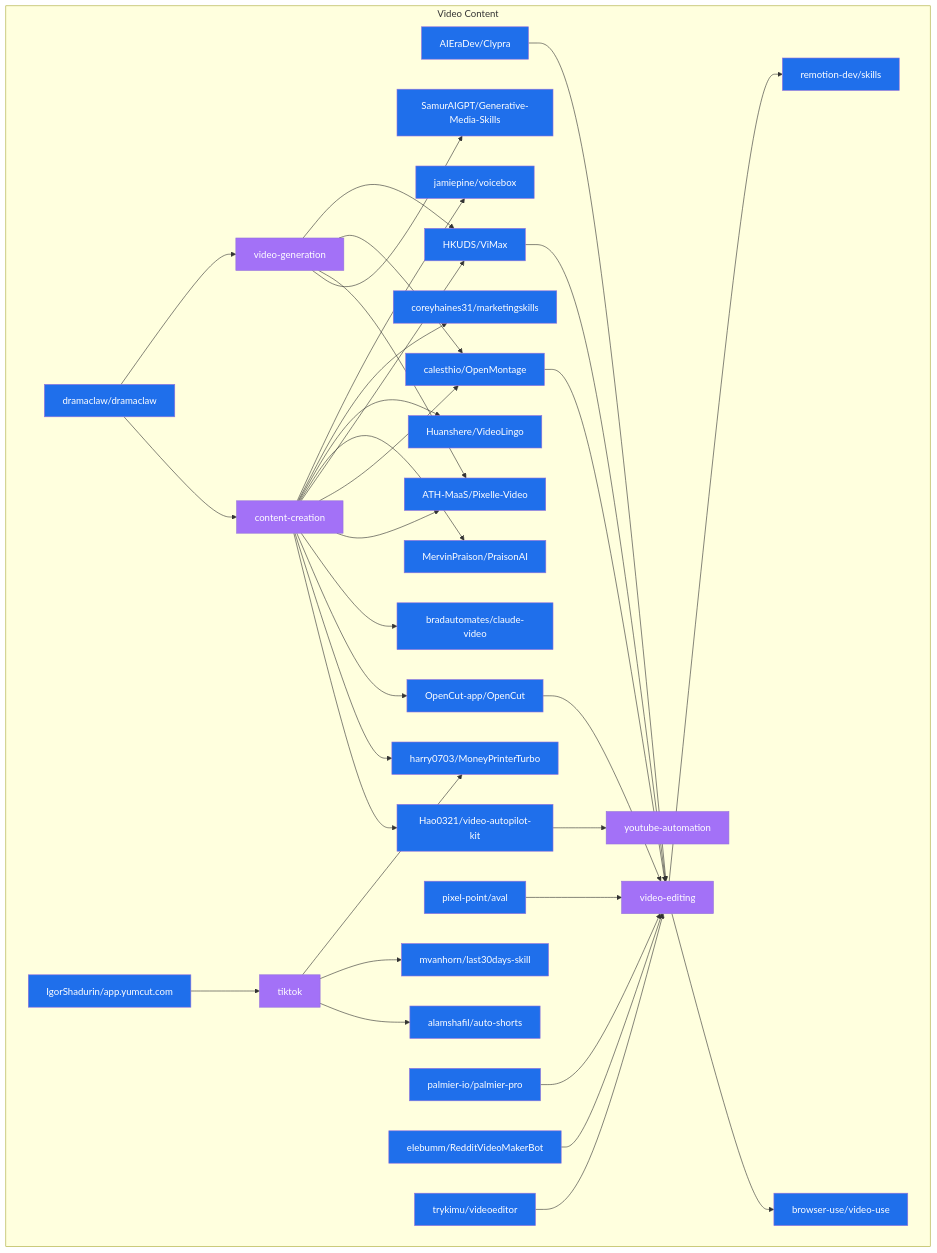
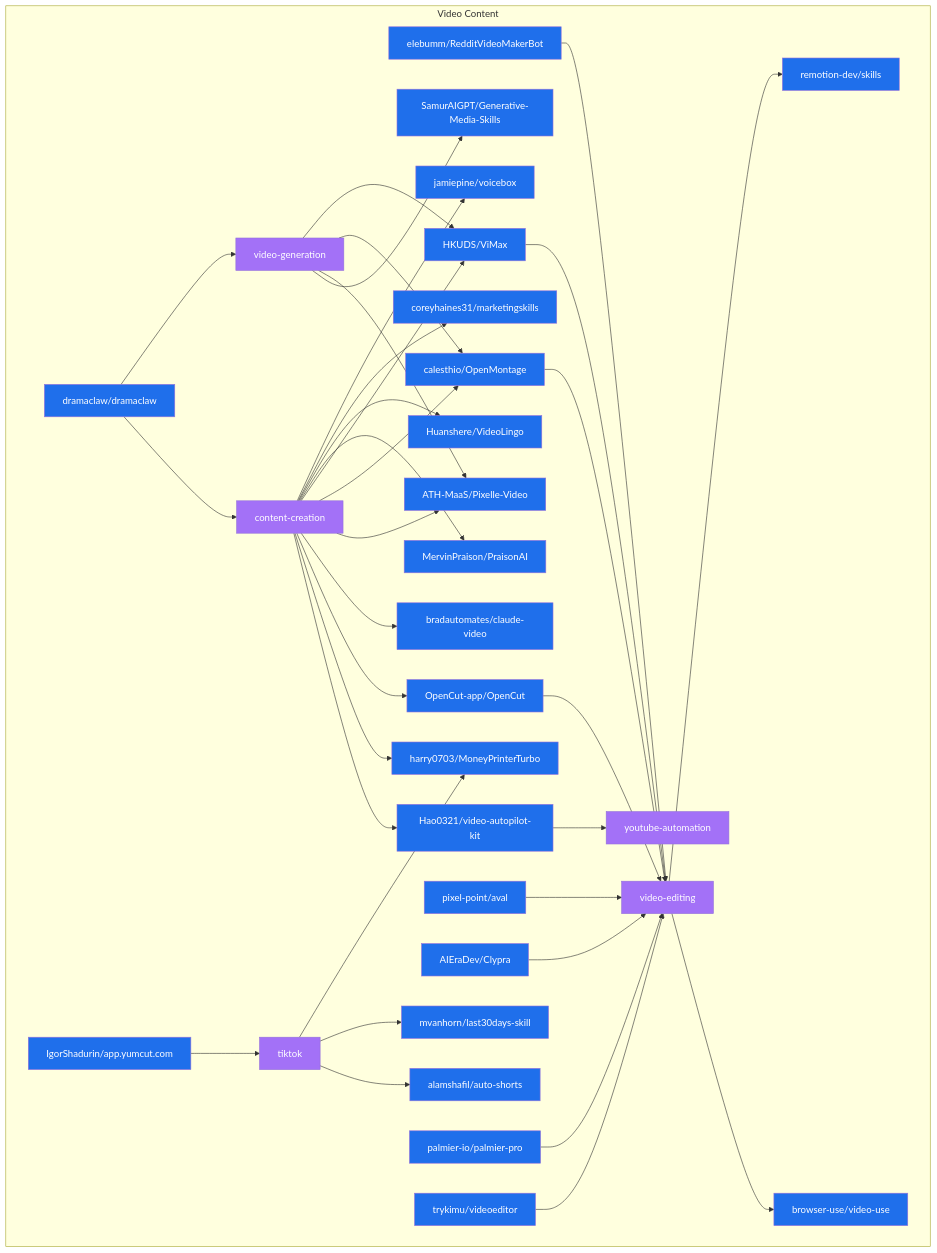
Before and after one commit to Meru143/star-graph: the diagram in data/star_graph_video_content.mermaid, drawn with Mermaid. The commit also changed other lines of this file and 15 other files, not shown here.

```diff
--- a/data/star_graph_video_content.mermaid
+++ b/data/star_graph_video_content.mermaid
@@ -1,68 +1,68 @@
 graph TD
   subgraph video_content ["Video Content"]
-    AIEraDev_Clypra["AIEraDev/Clypra"]:::repo
+    elebumm_RedditVideoMakerBot["elebumm/RedditVideoMakerBot"]:::repo
+    mvanhorn_last30days_skill["mvanhorn/last30days-skill"]:::repo
+    tiktok["tiktok"]:::topic
+    jamiepine_voicebox["jamiepine/voicebox"]:::repo
+    video_generation["video-generation"]:::topic
+    browser_use_video_use["browser-use/video-use"]:::repo
+    ATH_MaaS_Pixelle_Video["ATH-MaaS/Pixelle-Video"]:::repo
+    Hao0321_video_autopilot_kit["Hao0321/video-autopilot-kit"]:::repo
+    IgorShadurin_app_yumcut_com["IgorShadurin/app.yumcut.com"]:::repo
+    alamshafil_auto_shorts["alamshafil/auto-shorts"]:::repo
+    pixel_point_aval["pixel-point/aval"]:::repo
+    youtube_automation["youtube-automation"]:::topic
+    remotion_dev_skills["remotion-dev/skills"]:::repo
     coreyhaines31_marketingskills["coreyhaines31/marketingskills"]:::repo
     Huanshere_VideoLingo["Huanshere/VideoLingo"]:::repo
-    alamshafil_auto_shorts["alamshafil/auto-shorts"]:::repo
+    harry0703_MoneyPrinterTurbo["harry0703/MoneyPrinterTurbo"]:::repo
+    calesthio_OpenMontage["calesthio/OpenMontage"]:::repo
+    AIEraDev_Clypra["AIEraDev/Clypra"]:::repo
+    dramaclaw_dramaclaw["dramaclaw/dramaclaw"]:::repo
+    HKUDS_ViMax["HKUDS/ViMax"]:::repo
+    video_editing["video-editing"]:::topic
+    content_creation["content-creation"]:::topic
+    MervinPraison_PraisonAI["MervinPraison/PraisonAI"]:::repo
+    SamurAIGPT_Generative_Media_Skills["SamurAIGPT/Generative-Media-Skills"]:::repo
+    palmier_io_palmier_pro["palmier-io/palmier-pro"]:::repo
+    OpenCut_app_OpenCut["OpenCut-app/OpenCut"]:::repo
+    bradautomates_claude_video["bradautomates/claude-video"]:::repo
     trykimu_videoeditor["trykimu/videoeditor"]:::repo
-    MervinPraison_PraisonAI["MervinPraison/PraisonAI"]:::repo
-    bradautomates_claude_video["bradautomates/claude-video"]:::repo
-    Hao0321_video_autopilot_kit["Hao0321/video-autopilot-kit"]:::repo
-    video_editing["video-editing"]:::topic
-    jamiepine_voicebox["jamiepine/voicebox"]:::repo
-    IgorShadurin_app_yumcut_com["IgorShadurin/app.yumcut.com"]:::repo
-    ATH_MaaS_Pixelle_Video["ATH-MaaS/Pixelle-Video"]:::repo
-    browser_use_video_use["browser-use/video-use"]:::repo
-    tiktok["tiktok"]:::topic
-    remotion_dev_skills["remotion-dev/skills"]:::repo
-    mvanhorn_last30days_skill["mvanhorn/last30days-skill"]:::repo
-    SamurAIGPT_Generative_Media_Skills["SamurAIGPT/Generative-Media-Skills"]:::repo
-    calesthio_OpenMontage["calesthio/OpenMontage"]:::repo
-    harry0703_MoneyPrinterTurbo["harry0703/MoneyPrinterTurbo"]:::repo
-    youtube_automation["youtube-automation"]:::topic
-    pixel_point_aval["pixel-point/aval"]:::repo
-    video_generation["video-generation"]:::topic
-    OpenCut_app_OpenCut["OpenCut-app/OpenCut"]:::repo
-    HKUDS_ViMax["HKUDS/ViMax"]:::repo
-    elebumm_RedditVideoMakerBot["elebumm/RedditVideoMakerBot"]:::repo
-    dramaclaw_dramaclaw["dramaclaw/dramaclaw"]:::repo
-    content_creation["content-creation"]:::topic
-    palmier_io_palmier_pro["palmier-io/palmier-pro"]:::repo
   end
   dramaclaw_dramaclaw --> content_creation
   dramaclaw_dramaclaw --> video_generation
   content_creation --> Hao0321_video_autopilot_kit
   content_creation --> harry0703_MoneyPrinterTurbo
   content_creation --> OpenCut_app_OpenCut
   content_creation --> bradautomates_claude_video
   content_creation --> ATH_MaaS_Pixelle_Video
   content_creation --> calesthio_OpenMontage
   content_creation --> HKUDS_ViMax
   content_creation --> MervinPraison_PraisonAI
   content_creation --> Huanshere_VideoLingo
   content_creation --> coreyhaines31_marketingskills
   content_creation --> jamiepine_voicebox
   video_generation --> SamurAIGPT_Generative_Media_Skills
   video_generation --> ATH_MaaS_Pixelle_Video
   video_generation --> calesthio_OpenMontage
   video_generation --> HKUDS_ViMax
   pixel_point_aval --> video_editing
   AIEraDev_Clypra --> video_editing
   Hao0321_video_autopilot_kit --> youtube_automation
   OpenCut_app_OpenCut --> video_editing
   IgorShadurin_app_yumcut_com --> tiktok
   tiktok --> alamshafil_auto_shorts
   tiktok --> mvanhorn_last30days_skill
   tiktok --> harry0703_MoneyPrinterTurbo
   calesthio_OpenMontage --> video_editing
   palmier_io_palmier_pro --> video_editing
   elebumm_RedditVideoMakerBot --> video_editing
   HKUDS_ViMax --> video_editing
   trykimu_videoeditor --> video_editing
   video_editing --> browser_use_video_use
   video_editing --> remotion_dev_skills
   classDef repo fill:#1f6feb,color:#fff;
   classDef topic fill:#a371f7,color:#fff;
   classDef technology fill:#3fb950,color:#fff;
   classDef use_case fill:#d29922,color:#fff;
   classDef architecture fill:#f85149,color:#fff;
```
